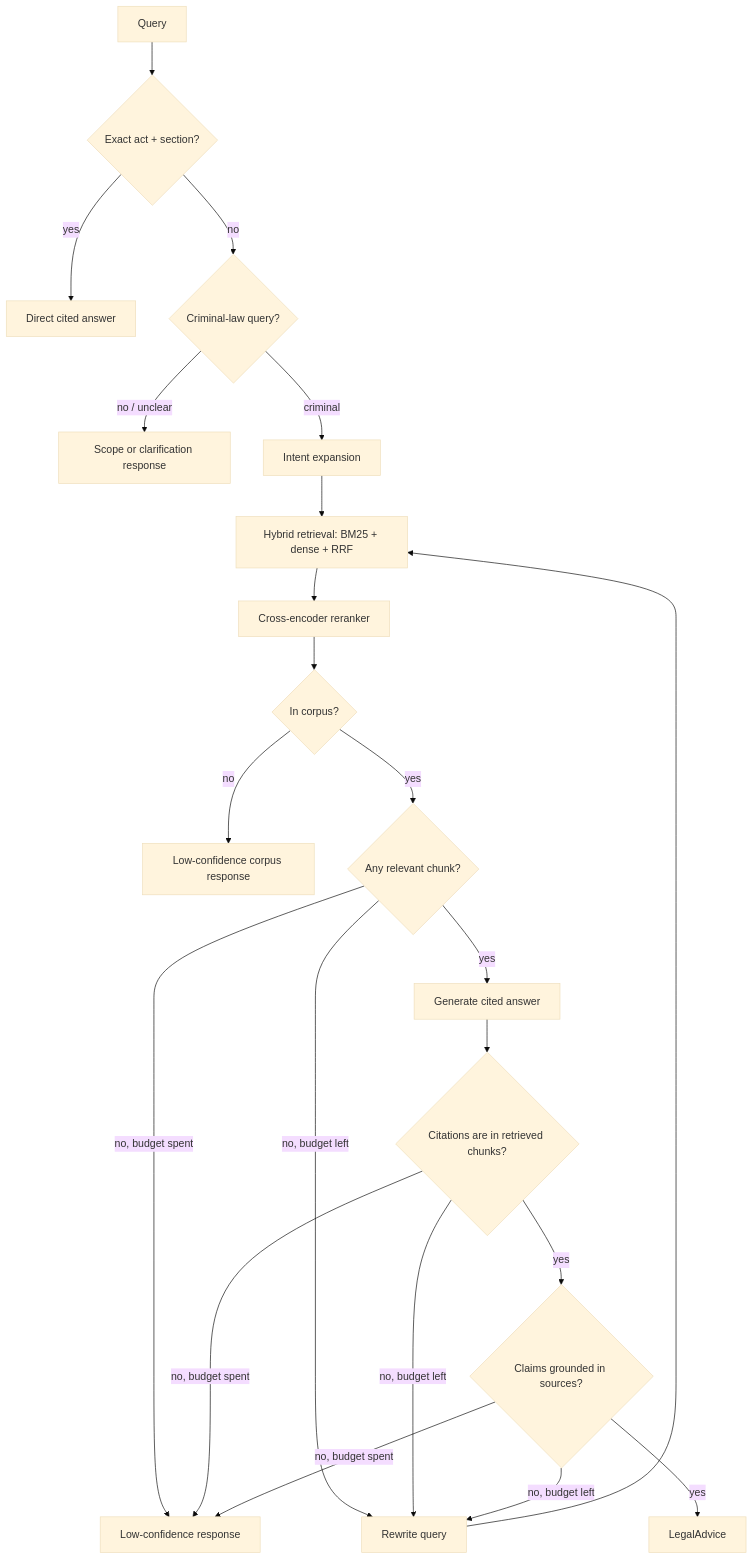
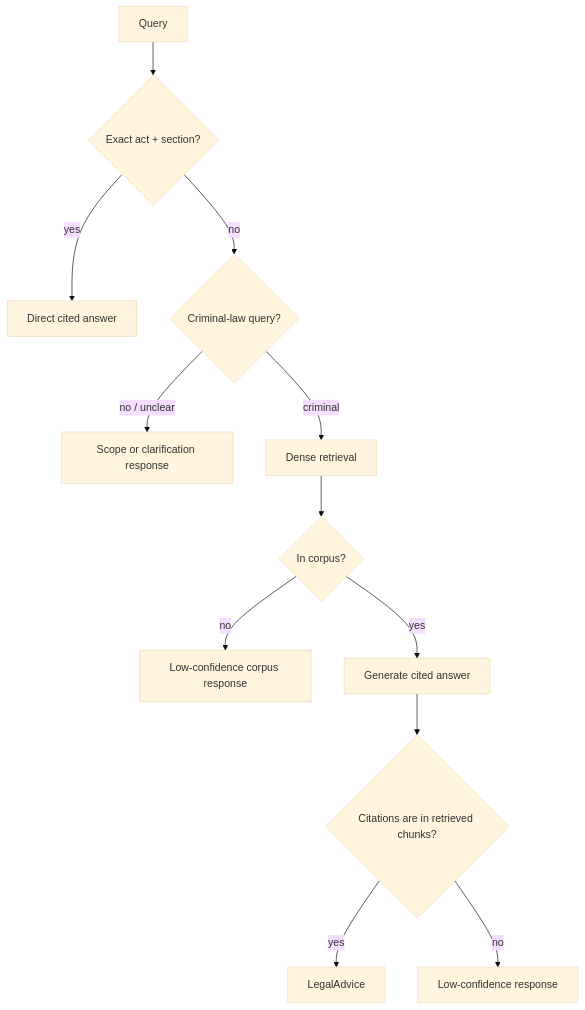
One commit to goyashek/agentic-legal-rag changed the diagram in README.md. Above: the diagram before and after it, drawn with Mermaid (base theme). The commit also changed other lines of this file and 8 other files, not shown here.

````diff
--- a/README.md
+++ b/README.md
@@ -19,24 +19,14 @@
 ```mermaid
 flowchart TD
     Q[Query] --> F{Exact act + section?}
     F -->|yes| A1[Direct cited answer]
     F -->|no| R{Criminal-law query?}
     R -->|no / unclear| A2[Scope or clarification response]
-    R -->|criminal| E[Intent expansion]
-    E --> H[Hybrid retrieval: BM25 + dense + RRF]
-    H --> X[Cross-encoder reranker]
-    X --> O{In corpus?}
+    R -->|criminal| H[Dense retrieval]
+    H --> O{In corpus?}
     O -->|no| A3[Low-confidence corpus response]
-    O -->|yes| G{Any relevant chunk?}
-    G -->|yes| N[Generate cited answer]
-    G -->|no, budget left| W[Rewrite query]
-    W --> H
+    O -->|yes| N[Generate cited answer]
     N --> C{Citations are in retrieved chunks?}
-    C -->|yes| K{Claims grounded in sources?}
-    C -->|no, budget left| W
-    K -->|yes| A4[LegalAdvice]
-    K -->|no, budget left| W
-    G -->|no, budget spent| A5[Low-confidence response]
-    C -->|no, budget spent| A5
-    K -->|no, budget spent| A5
+    C -->|yes| A4[LegalAdvice]
+    C -->|no| A5[Low-confidence response]
 ```
````
